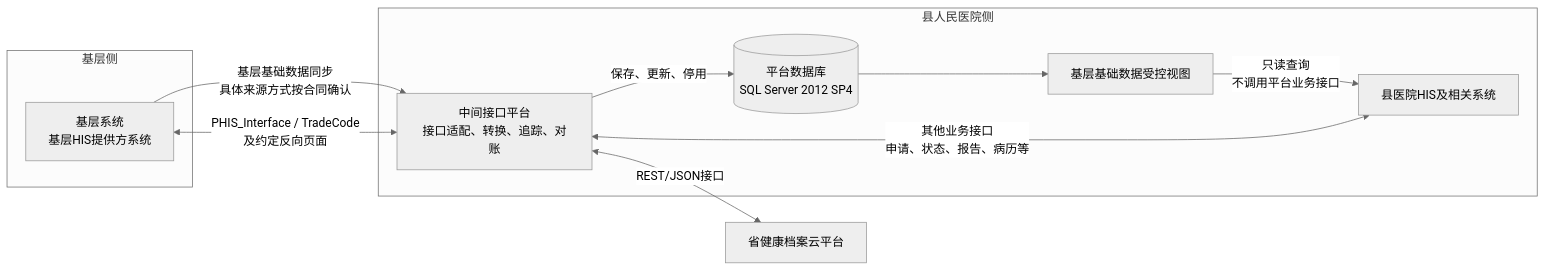
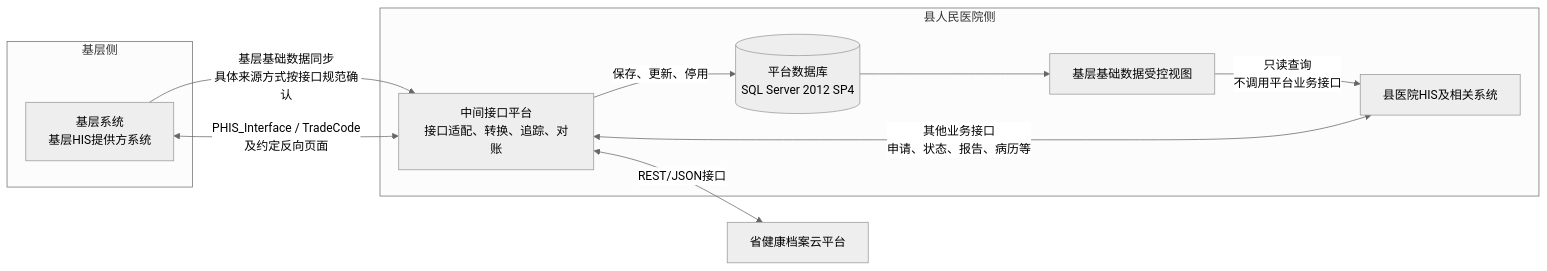
Before and after one commit to zftos-xai/county-integration-platform: the diagram in docs/decisions/架构决策.md, drawn with Mermaid (neutral theme). The commit also changed other lines of this file and 192 other files, not shown here.

````diff
--- a/docs/decisions/架构决策.md
+++ b/docs/decisions/架构决策.md
@@ -69,24 +69,24 @@
 ```mermaid
 flowchart LR
     subgraph JC["基层侧"]
         JX["基层系统<br/>基层HIS提供方系统"]
     end
 
     subgraph XYY["县人民医院侧"]
         PT["中间接口平台<br/>接口适配、转换、追踪、对账"]
         PDB[("平台数据库<br/>SQL Server 2012 SP4")]
         VIEW["基层基础数据受控视图"]
         HIS["县医院HIS及相关系统"]
     end
 
     CLOUD["省健康档案云平台"]
 
-    JX -->|"基层基础数据同步<br/>具体来源方式按合同确认"| PT
+    JX -->|"基层基础数据同步<br/>具体来源方式按接口规范确认"| PT
     PT -->|"保存、更新、停用"| PDB
     PDB --> VIEW
     VIEW -->|"只读查询<br/>不调用平台业务接口"| HIS
 
     HIS <-->|"其他业务接口<br/>申请、状态、报告、病历等"| PT
     PT <-->|"PHIS_Interface / TradeCode<br/>及约定反向页面"| JX
     PT <-->|"REST/JSON接口"| CLOUD
 ```
````
